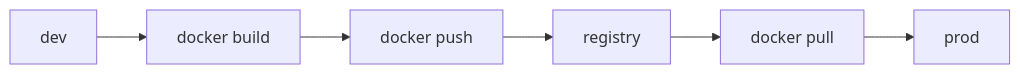
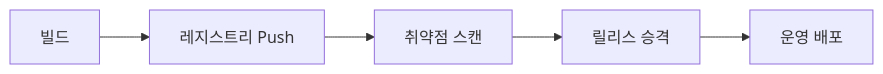
The diagram in docs/ko/containers-101/07-registry.md (yeongseon-books/book-content), drawn with Mermaid before and after one commit. The commit also changed other lines of this file and 4143 other files, not shown here.

````diff
--- a/docs/ko/containers-101/07-registry.md
+++ b/docs/ko/containers-101/07-registry.md
@@ -33,8 +428,7 @@
 ```mermaid
 flowchart LR
-    Dev["dev"] --> Build["docker build"]
-    Build --> Push["docker push"]
-    Push --> Reg["registry"]
-    Reg --> Pull["docker pull"]
-    Pull --> Prod["prod"]
+    B["빌드"] --> P["레지스트리 Push"]
+    P --> V["취약점 스캔"]
+    V --> R["릴리스 승격"]
+    R --> D["운영 배포"]
 ```
````
